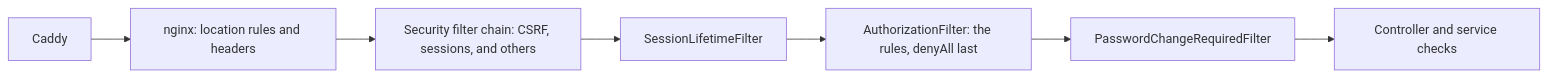
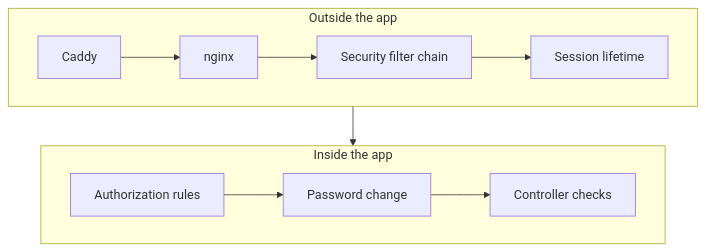
The third of 6 diagrams in book/part-6-patterns/39-architectural-patterns.md (Sriram-Codes-SW/secure-doc-viewer), drawn with Mermaid before and after one commit. The commit also changed other lines of this file and 31 other files, not shown here.

Commit message:
Book: interior layout design, diagram restructuring for print size, mermaid config, measure helper

````diff
--- a/book/part-6-patterns/39-architectural-patterns.md
+++ b/book/part-6-patterns/39-architectural-patterns.md
@@ -169,9 +169,12 @@
 ```mermaid
-flowchart LR
-    CA["Caddy"] --> NG["nginx: location rules and headers"]
-    NG --> SC["Security filter chain: CSRF, sessions, and others"]
-    SC --> SL["SessionLifetimeFilter"]
-    SL --> AZ["AuthorizationFilter: the rules, denyAll last"]
-    AZ --> PW["PasswordChangeRequiredFilter"]
-    PW --> CT["Controller and service checks"]
+flowchart TB
+    subgraph R1["Outside the app"]
+        direction LR
+        CA["Caddy"] --> NG["nginx"] --> SC["Security filter chain"] --> SL["Session lifetime"]
+    end
+    subgraph R2["Inside the app"]
+        direction LR
+        AZ["Authorization rules"] --> PW["Password change"] --> CT["Controller checks"]
+    end
+    R1 --> R2
 ```
````
